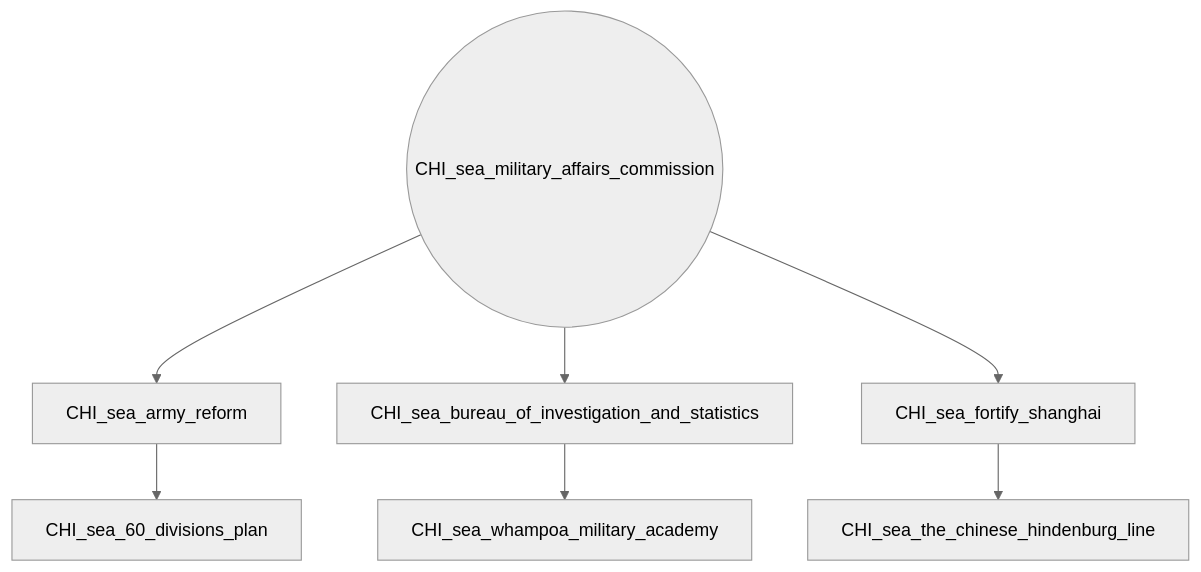
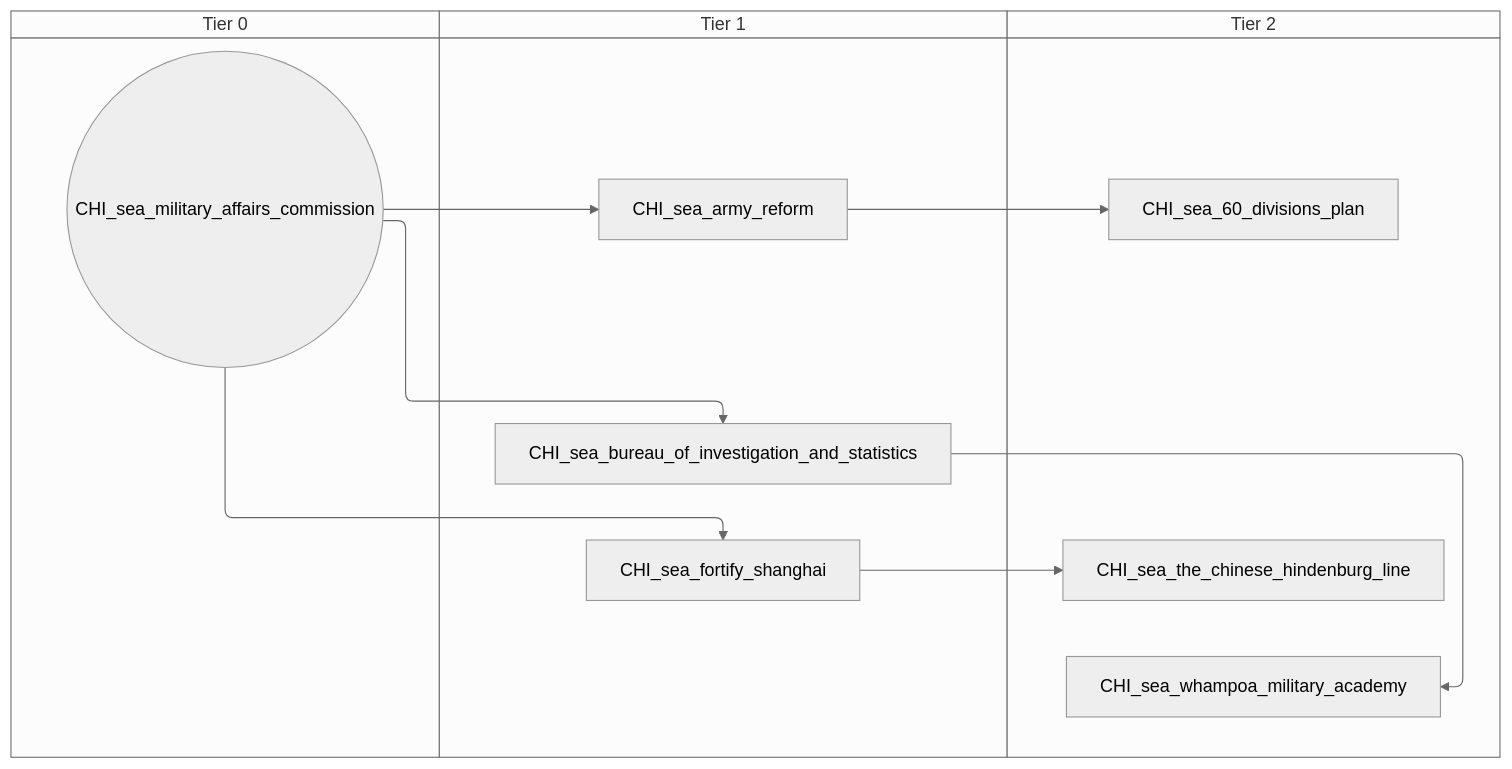
Before and after one commit to evgeny-sobol/hoi4-sandbox-mode-r56: the first of 5 diagrams in docs/gdd/National Focuses/r56/china_nationalist_warlord_TSR.md, drawn with Mermaid (neutral theme). The commit also changed other lines of this file and 423 other files, not shown here.

First line of the commit message:
Re-export Rt56 focus trees as swimlane diagrams

````diff
--- a/docs/gdd/National Focuses/r56/china_nationalist_warlord_TSR.md
+++ b/docs/gdd/National Focuses/r56/china_nationalist_warlord_TSR.md
@@ -3,16 +3,22 @@
 ```mermaid
-flowchart TD
-    n1["CHI_sea_60_divisions_plan"]
-    n2["CHI_sea_army_reform"]
-    n3["CHI_sea_bureau_of_investigation_and_statistics"]
-    n4["CHI_sea_fortify_shanghai"]
-    n5(("CHI_sea_military_affairs_commission"))
-    n6["CHI_sea_the_chinese_hindenburg_line"]
-    n7["CHI_sea_whampoa_military_academy"]
-    n2 --> n1
-    n5 --> n2
-    n5 --> n3
-    n5 --> n4
+swimlane-beta TD
+    subgraph tier_0["Tier 0"]
+        n1(("CHI_sea_military_affairs_commission"))
+    end
+    subgraph tier_1["Tier 1"]
+        n2["CHI_sea_army_reform"]
+        n3["CHI_sea_bureau_of_investigation_and_statistics"]
+        n4["CHI_sea_fortify_shanghai"]
+    end
+    subgraph tier_2["Tier 2"]
+        n5["CHI_sea_60_divisions_plan"]
+        n6["CHI_sea_the_chinese_hindenburg_line"]
+        n7["CHI_sea_whampoa_military_academy"]
+    end
+    n2 --> n5
+    n1 --> n2
+    n1 --> n3
+    n1 --> n4
     n4 --> n6
     n3 --> n7
 ```
````
